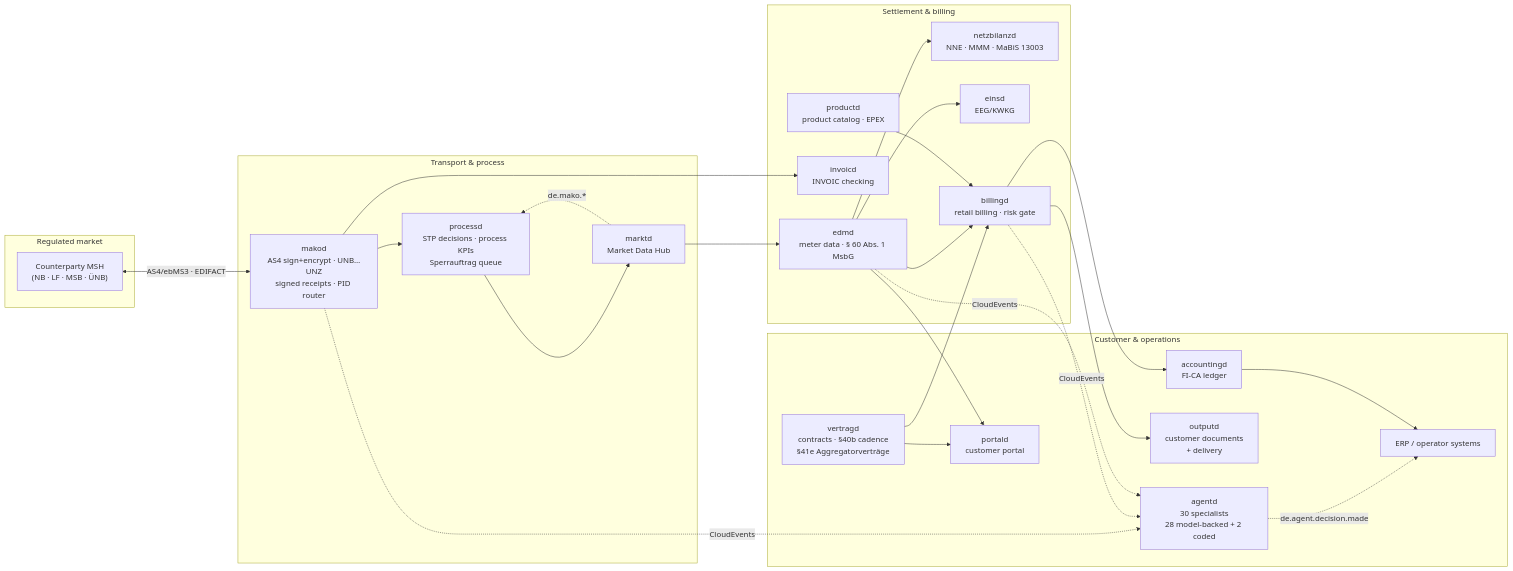
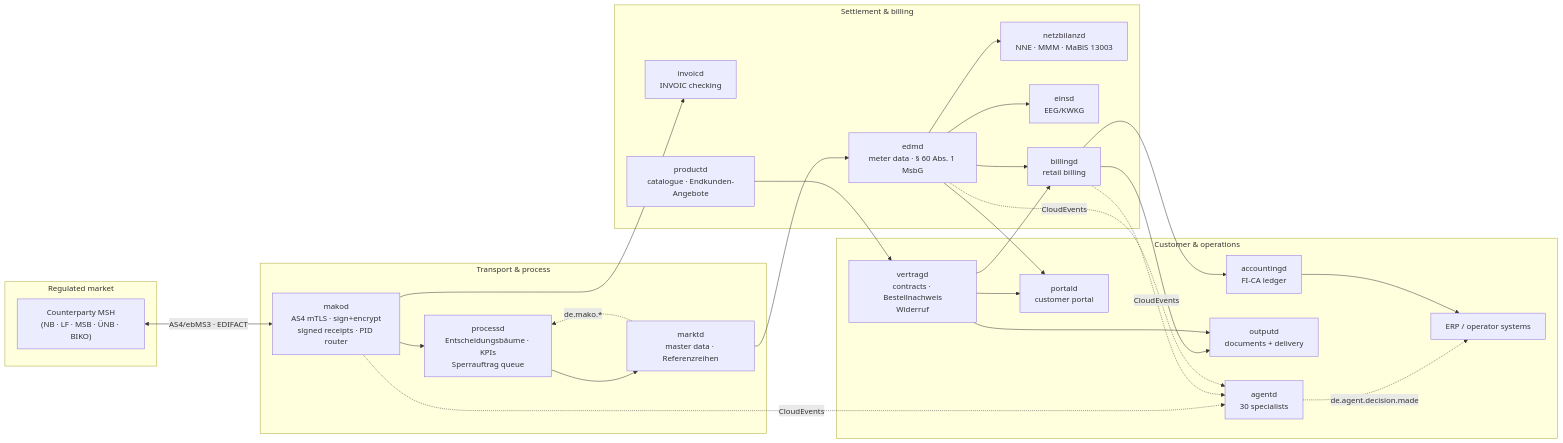
One commit to hupe1980/mako changed the diagram in README.md. Above: the diagram before and after it, drawn with Mermaid. The commit also changed other lines of this file and 86 other files, not shown here.

````diff
--- a/README.md
+++ b/README.md
@@ -76,44 +78,43 @@
 ```mermaid
 flowchart LR
     subgraph Market["Regulated market"]
-        MP["Counterparty MSH<br/>(NB · LF · MSB · ÜNB)"]
+        MP["Counterparty MSH<br/>(NB · LF · MSB · ÜNB · BIKO)"]
     end
 
     subgraph Transport["Transport & process"]
-        MAKOD["makod<br/>AS4 sign+encrypt · UNB…UNZ<br/>signed receipts · PID router"]
-        PROCESSD["processd<br/>STP decisions · process KPIs<br/>Sperrauftrag queue"]
-        MARKTD["marktd<br/>Market Data Hub"]
+        MAKOD["makod<br/>AS4 mTLS · sign+encrypt<br/>signed receipts · PID router"]
+        PROCESSD["processd<br/>Entscheidungsbäume · KPIs<br/>Sperrauftrag queue"]
+        MARKTD["marktd<br/>master data · Referenzreihen"]
     end
 
     subgraph Settlement["Settlement & billing"]
         EDMD["edmd<br/>meter data · § 60 Abs. 1 MsbG"]
         NETZB["netzbilanzd<br/>NNE · MMM · MaBiS 13003"]
         EINSD["einsd<br/>EEG/KWKG"]
-        BILLINGD["billingd<br/>retail billing · risk gate"]
+        BILLINGD["billingd<br/>retail billing"]
         INVOICD["invoicd<br/>INVOIC checking"]
-        PRODUCTD["productd<br/>product catalog · EPEX"]
+        PRODUCTD["productd<br/>catalogue · Endkunden-Angebote"]
     end
 
     subgraph Business["Customer & operations"]
-        VERTRAGD["vertragd<br/>contracts · §40b cadence<br/>§41e Aggregatorverträge"]
+        VERTRAGD["vertragd<br/>contracts · Bestellnachweis<br/>Widerruf"]
         ACCOUNTINGD["accountingd<br/>FI-CA ledger"]
-        OUTPUTD["outputd<br/>customer documents<br/>+ delivery"]
+        OUTPUTD["outputd<br/>documents + delivery"]
         PORTALD["portald<br/>customer portal"]
-        AGENTD["agentd<br/>30 specialists<br/>28 model-backed + 2 coded"]
+        AGENTD["agentd<br/>30 specialists"]
         ERP["ERP / operator systems"]
     end
 
     MP <-->|"AS4/ebMS3 · EDIFACT"| MAKOD
     MAKOD --> PROCESSD --> MARKTD
     MARKTD --> EDMD --> NETZB & EINSD & BILLINGD
     MAKOD --> INVOICD
-    PRODUCTD --> BILLINGD
+    PRODUCTD --> VERTRAGD --> BILLINGD
     BILLINGD --> ACCOUNTINGD
-    BILLINGD --> OUTPUTD
-    VERTRAGD --> BILLINGD
+    BILLINGD & VERTRAGD --> OUTPUTD
     EDMD & VERTRAGD --> PORTALD
     MARKTD -.->|"de.mako.*"| PROCESSD
     MAKOD & BILLINGD & EDMD -.->|"CloudEvents"| AGENTD
     AGENTD -.->|"de.agent.decision.made"| ERP
     ACCOUNTINGD --> ERP
 ```
````
